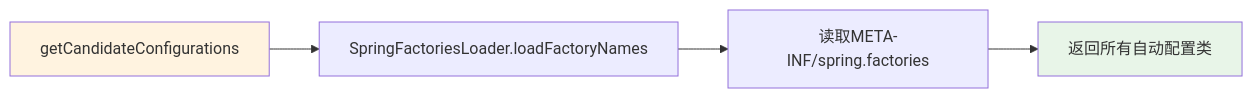
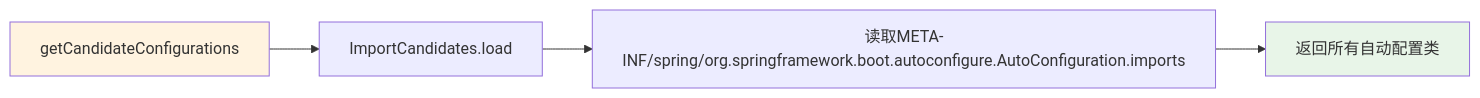
The third of 5 diagrams in docs/启动流程/SpringBoot启动流程-自动配置机制-深度解析.md (yetiKnight/springboot-learning), drawn with Mermaid before and after one commit. The commit also changed other lines of this file and 2 other files, not shown here.

````diff
--- a/docs/启动流程/SpringBoot启动流程-自动配置机制-深度解析.md
+++ b/docs/启动流程/SpringBoot启动流程-自动配置机制-深度解析.md
@@ -96,9 +96,9 @@
 ```mermaid
 flowchart LR
-    A[getCandidateConfigurations] --> B[SpringFactoriesLoader.loadFactoryNames]
-    B --> C[读取META-INF/spring.factories]
+    A[getCandidateConfigurations] --> B[ImportCandidates.load]
+    B --> C[读取META-INF/spring/org.springframework.boot.autoconfigure.AutoConfiguration.imports]
     C --> D[返回所有自动配置类]
     
     style A fill:#fff3e0
     style D fill:#e8f5e8
 ```
````
